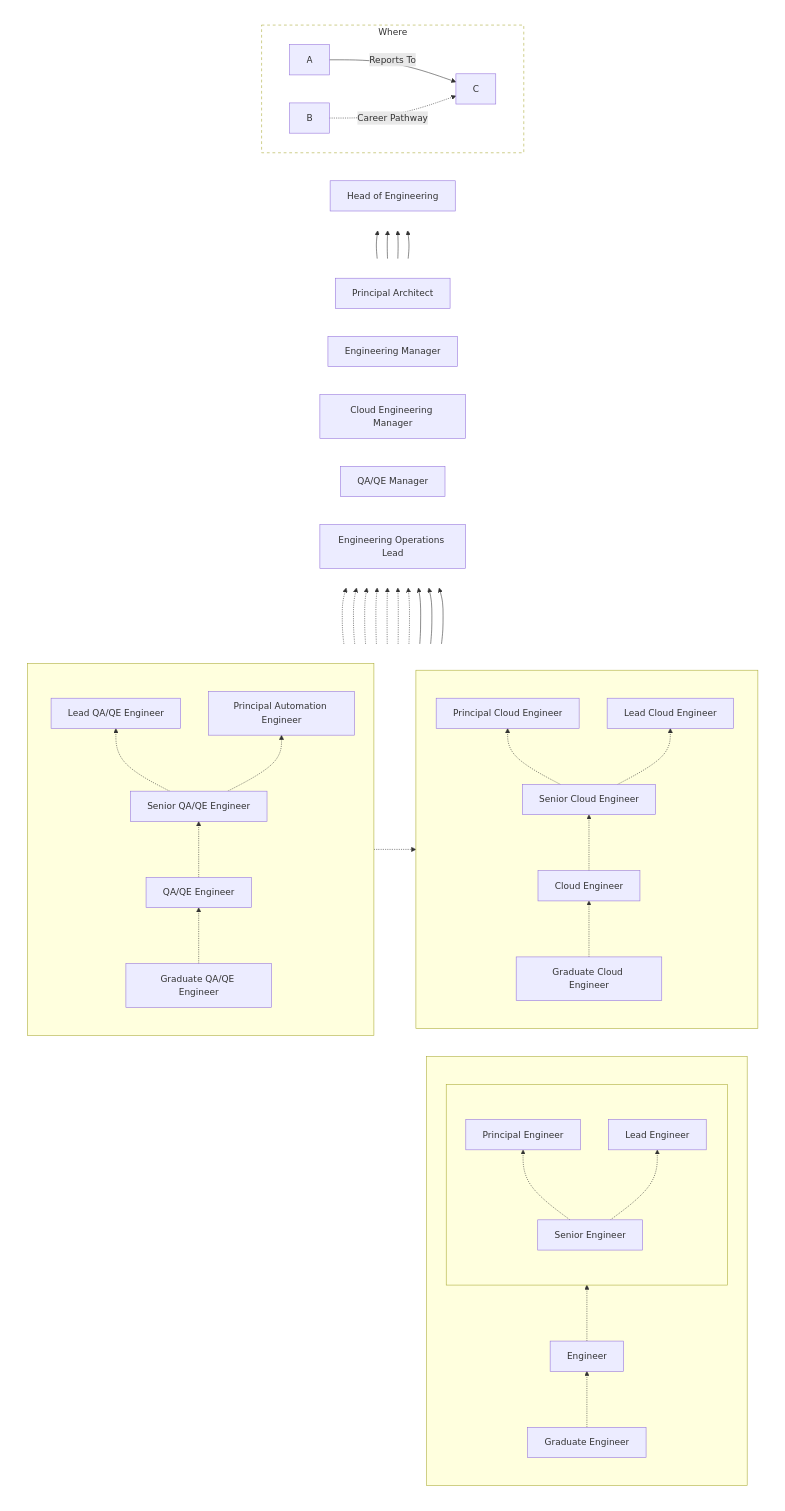
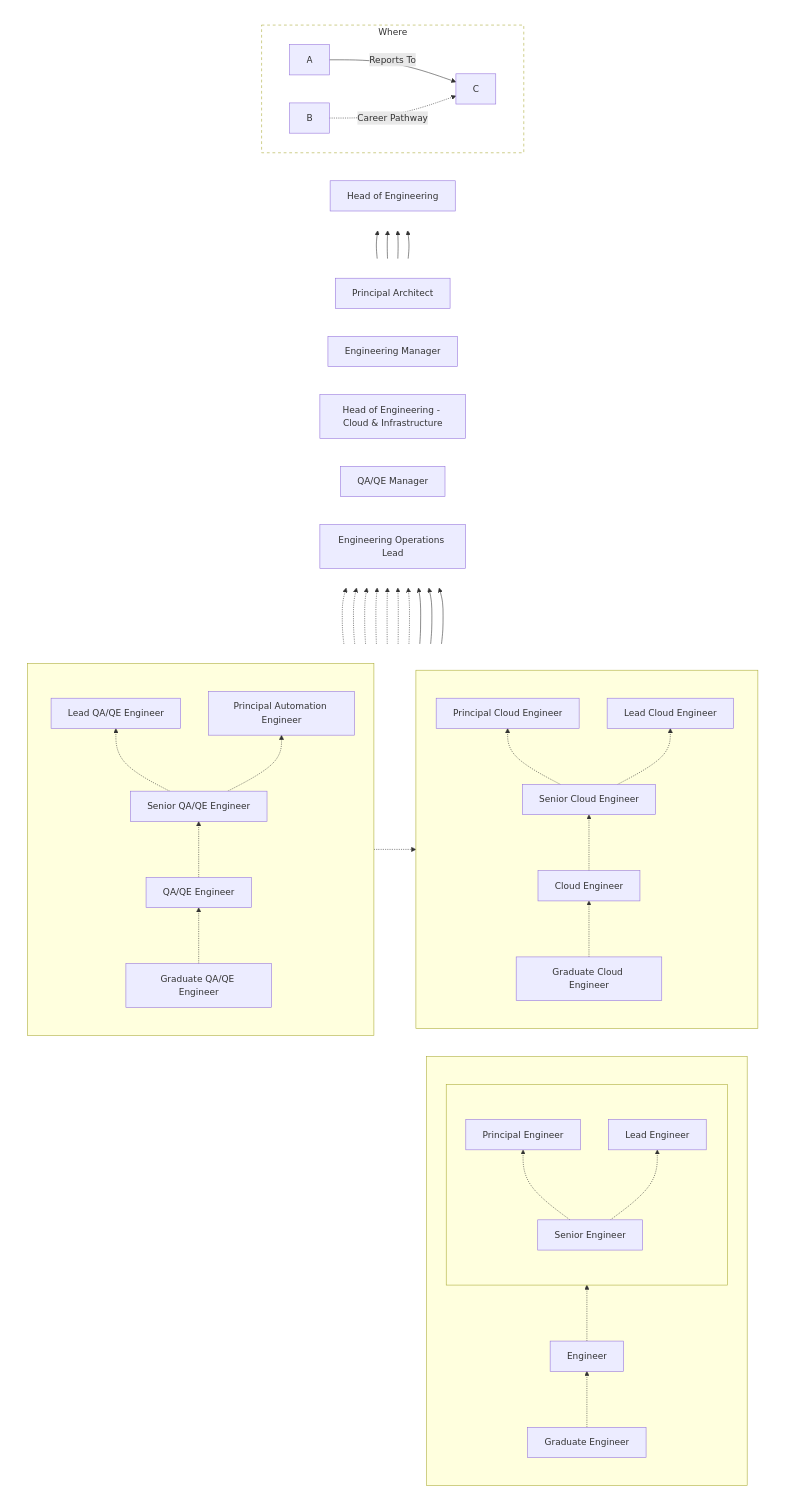
One commit to loanmarket/career-ladder changed the diagram in DIAGRAM.md. Above: the diagram before and after it, drawn with Mermaid.

Commit message:
Updating cloud HOE title.

```diff
--- a/DIAGRAM.md
+++ b/DIAGRAM.md
@@ -18,7 +18,7 @@
 
     pa[Principal Architect]
     em[Engineering Manager]
-    cem[Cloud Engineering Manager]
+    cem[Head of Engineering - Cloud & Infrastructure]
     qam[QA/QE Manager]
     eol[Engineering Operations Lead]
   end
```
